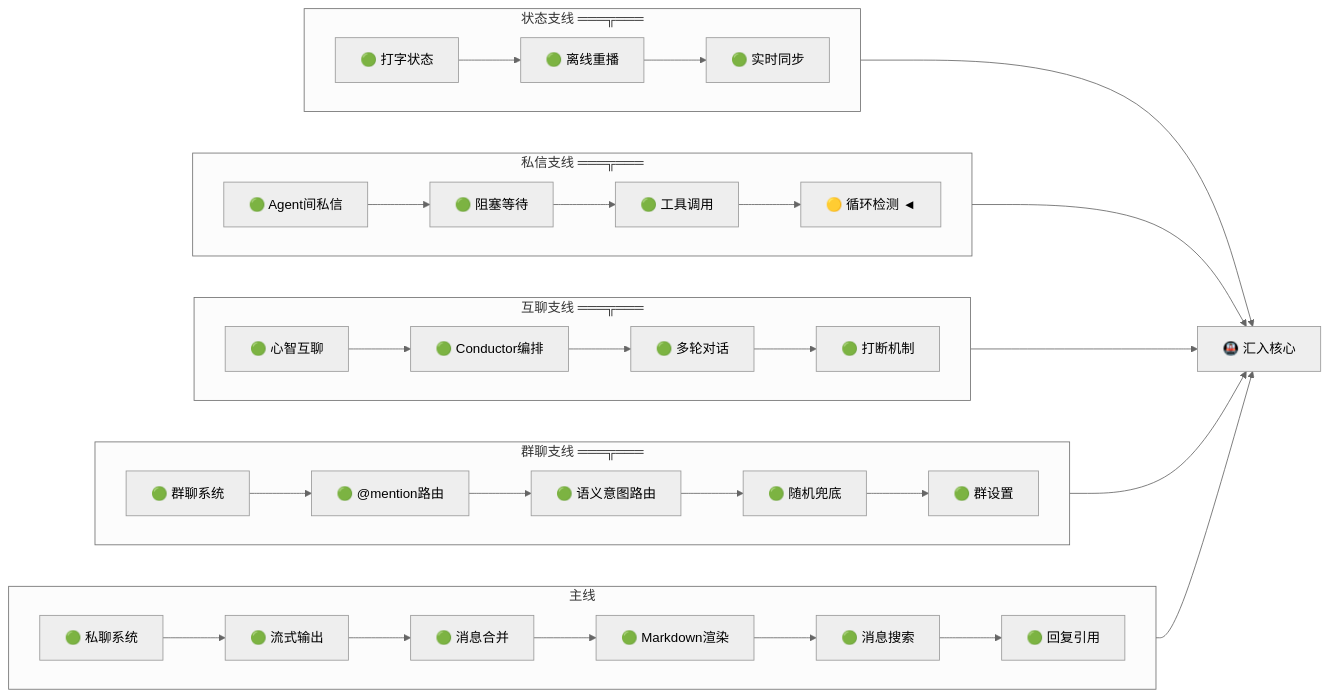
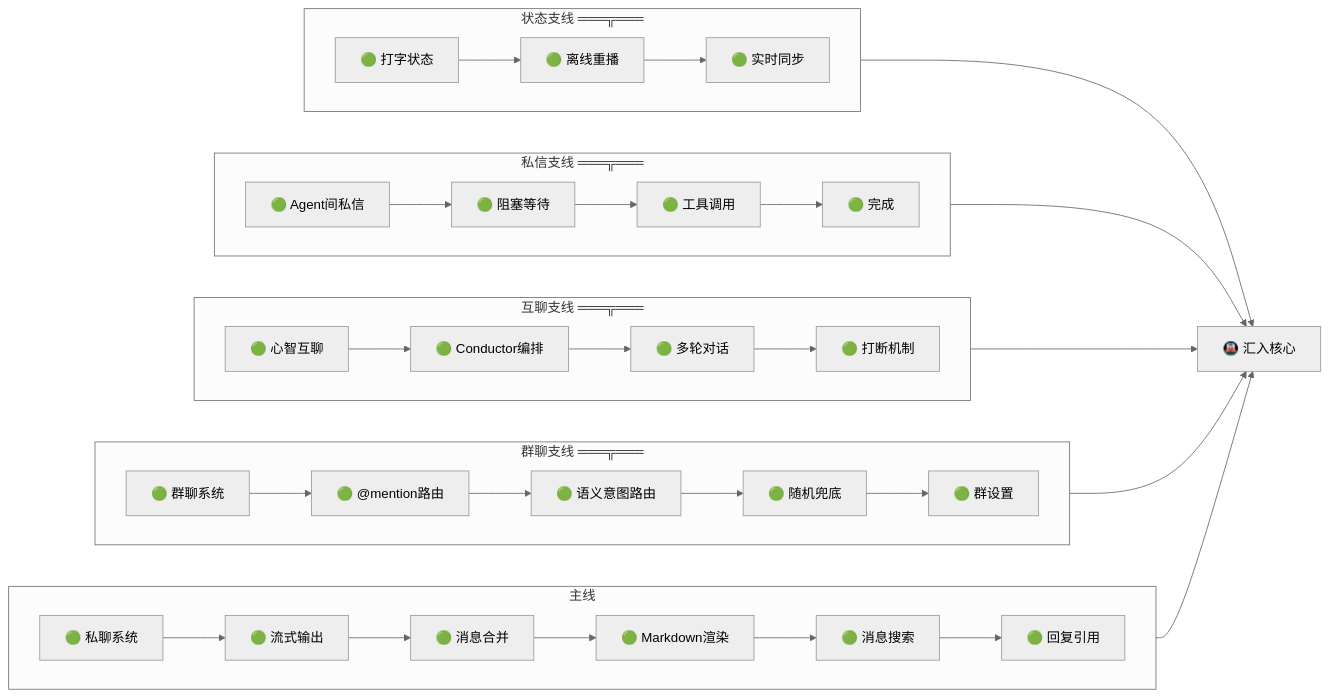
Before and after one commit to JIUYUE-SEP/CloudMind-Zome: the second of 10 diagrams in docs/路线图.md, drawn with Mermaid (neutral theme). The commit also changed other lines of this file and 2 other files, not shown here.

````diff
--- a/docs/路线图.md
+++ b/docs/路线图.md
@@ -177,34 +177,34 @@
 ```mermaid
 flowchart LR
     subgraph 主线["主线"]
         direction LR
         A["🟢 私聊系统"] --> B["🟢 流式输出"] --> C["🟢 消息合并"] --> D["🟢 Markdown渲染"] --> E["🟢 消息搜索"] --> F["🟢 回复引用"]
     end
 
     subgraph 群聊支线["群聊支线 ═══╦═══"]
         direction LR
         G["🟢 群聊系统"] --> H["🟢 @mention路由"] --> I["🟢 语义意图路由"] --> J["🟢 随机兜底"] --> K["🟢 群设置"]
     end
 
     subgraph 互聊支线["互聊支线 ═══╦═══"]
         direction LR
         L["🟢 心智互聊"] --> M["🟢 Conductor编排"] --> N["🟢 多轮对话"] --> O["🟢 打断机制"]
     end
 
     subgraph 私信支线["私信支线 ═══╦═══"]
         direction LR
-        P["🟢 Agent间私信"] --> Q["🟢 阻塞等待"] --> R["🟢 工具调用"] --> S["🟡 循环检测 ◄"]
+        P["🟢 Agent间私信"] --> Q["🟢 阻塞等待"] --> R["🟢 工具调用"] --> S["🟢 完成"]
     end
 
     subgraph 状态支线["状态支线 ═══╦═══"]
         direction LR
         T["🟢 打字状态"] --> U["🟢 离线重播"] --> V["🟢 实时同步"]
     end
 
     %% 支线汇入主线
     F --> W["🚇 汇入核心"]
     K --> W
     O --> W
     S --> W
     V --> W
 ```
````
